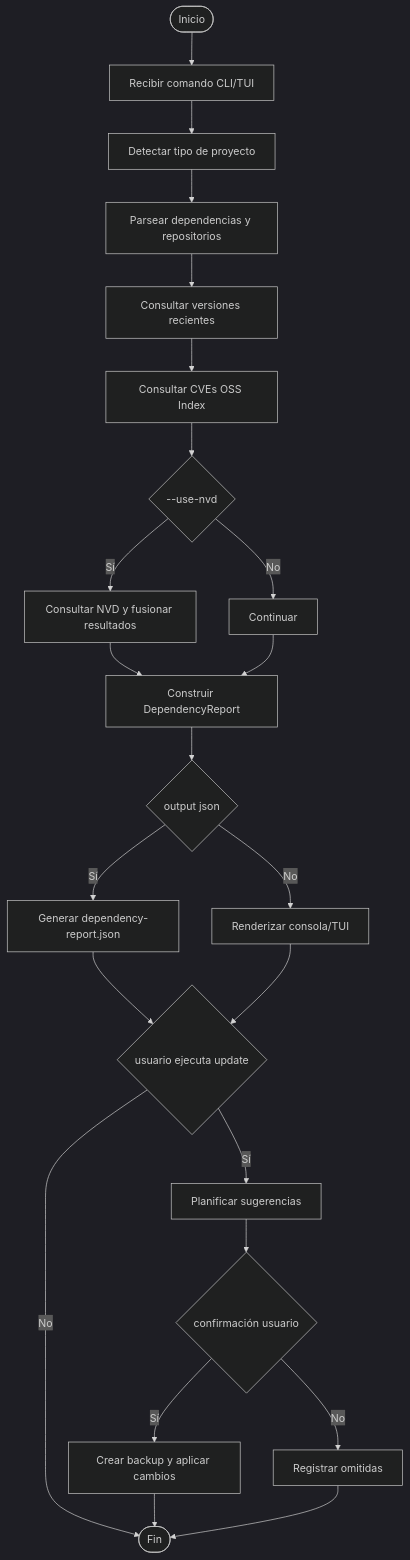
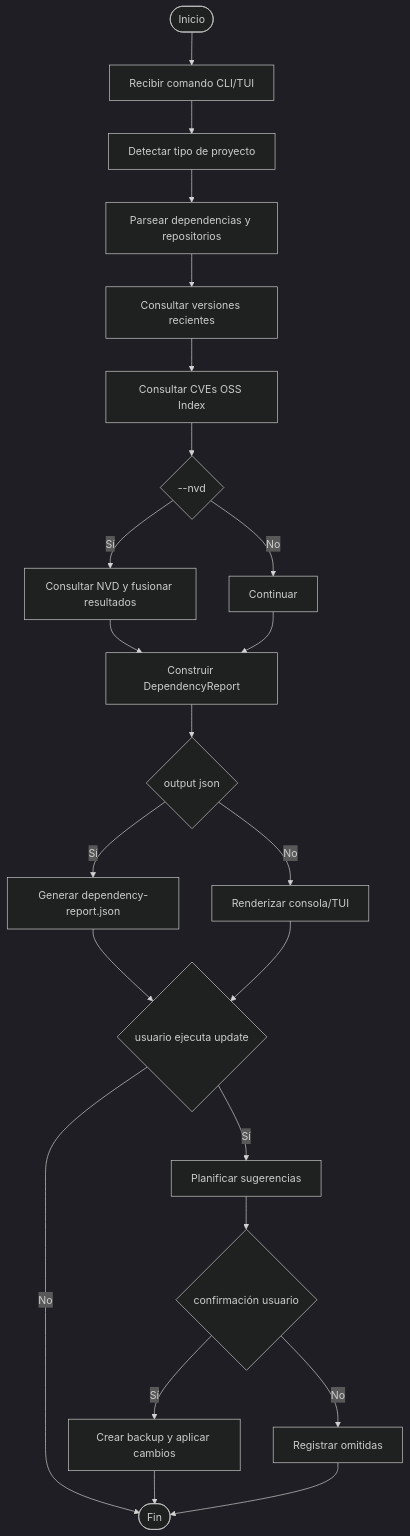
The tenth of 11 diagrams in docs/FD04-EPIS-Informe Arquitectura de Software.md (UPT-FAING-EPIS/proyecto-si784-2026-i-u1-analizador-de-dependencias), drawn with Mermaid (dark theme) before and after one commit. The commit also changed other lines of this file and 10 other files, not shown here.

````diff
--- a/docs/FD04-EPIS-Informe Arquitectura de Software.md
+++ b/docs/FD04-EPIS-Informe Arquitectura de Software.md
@@ -457,25 +458,25 @@
 ```mermaid
 flowchart TD
     A([Inicio]) --> B[Recibir comando CLI/TUI]
     B --> C[Detectar tipo de proyecto]
     C --> D[Parsear dependencias y repositorios]
     D --> E[Consultar versiones recientes]
     E --> F[Consultar CVEs OSS Index]
-    F --> G{--use-nvd}
+    F --> G{--nvd}
     G -- Sí --> H[Consultar NVD y fusionar resultados]
     G -- No --> I[Continuar]
     H --> J[Construir DependencyReport]
     I --> J
     J --> K{output json}
     K -- Sí --> L[Generar dependency-report.json]
     K -- No --> M[Renderizar consola/TUI]
     L --> N{usuario ejecuta update}
     M --> N
     N -- Sí --> O[Planificar sugerencias]
     O --> P{confirmación usuario}
     P -- Sí --> Q[Crear backup y aplicar cambios]
     P -- No --> R[Registrar omitidas]
     N -- No --> S([Fin])
     Q --> S
     R --> S
 ```
````
